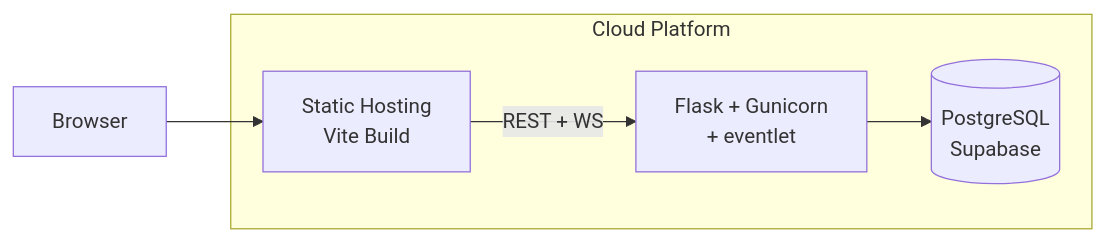
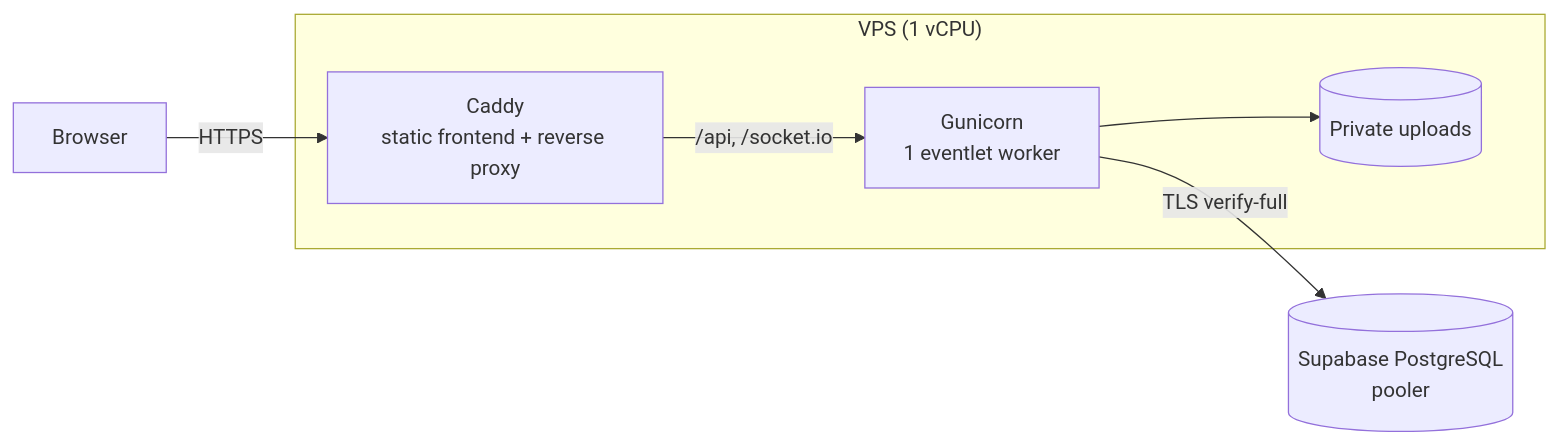
Before and after one commit to Akshat-Tiwari69/HireSense: the third of 3 diagrams in docs/ARCHITECTURE.md, drawn with Mermaid. The commit also changed other lines of this file and 8 other files, not shown here.

````diff
--- a/docs/ARCHITECTURE.md
+++ b/docs/ARCHITECTURE.md
@@ -273,12 +339,14 @@
 ```mermaid
 graph LR
-    subgraph "Cloud Platform"
-        FE[Static Hosting<br/>Vite Build]
-        BE[Flask + Gunicorn<br/>+ eventlet]
-        DB[(PostgreSQL<br/>Supabase)]
+    subgraph "VPS (1 vCPU)"
+        Caddy[Caddy<br/>static frontend + reverse proxy]
+        BE[Gunicorn<br/>1 eventlet worker]
+        Up[(Private uploads)]
     end
+    DB[(Supabase PostgreSQL<br/>pooler)]
 
-    Client[Browser] --> FE
-    FE -->|REST + WS| BE
-    BE --> DB
+    Client[Browser] -->|HTTPS| Caddy
+    Caddy -->|/api, /socket.io| BE
+    BE --> Up
+    BE -->|TLS verify-full| DB
 ```
````
